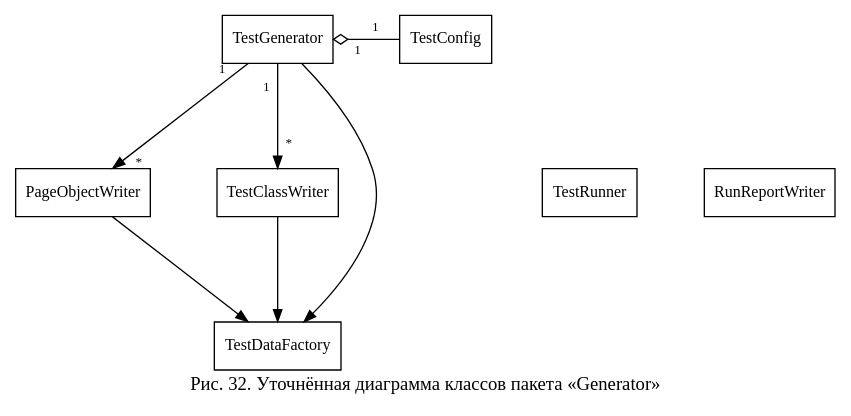
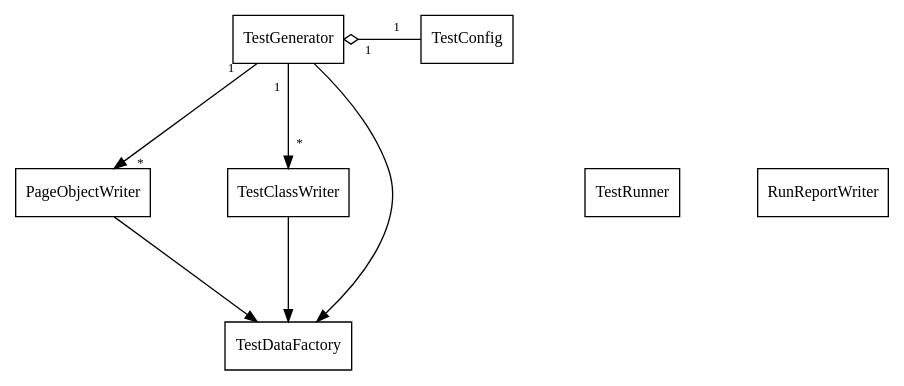
Before and after one commit to nastolbov/AutoTestGeneratorUpdate: the diagram in diagrams/cls_generator_refined.dot, drawn with Graphviz. The commit also changed 54 other files, not shown here.

First line of the commit message:
diagrams: 18 ДПС + фикс детальных (shape=record) + MD по структуре диплома

```diff
--- a/diagrams/cls_generator_refined.dot
+++ b/diagrams/cls_generator_refined.dot
@@ -1,24 +1,22 @@
-digraph GR {
-    rankdir=TB; fontname="Liberation Serif"; fontsize=14;
-    label="Рис. 32. Уточнённая диаграмма классов пакета «Generator»"; labelloc=b;
-    nodesep=0.7; ranksep=1.1;
+digraph cls_generator_refined {
+    rankdir=TB; fontname="Liberation Serif";
+    nodesep=0.8; ranksep=1.1;
     node [fontname="Liberation Serif", fontsize=12, shape=box, style=filled, fillcolor=white];
     edge [color=black, fontname="Liberation Serif", fontsize=10, labeldistance=2.0, arrowsize=0.9];
 
     TC  [label="TestConfig"];
     TG  [label="TestGenerator"];
     POW [label="PageObjectWriter"];
     TCW [label="TestClassWriter"];
     TDF [label="TestDataFactory"];
     TR  [label="TestRunner"];
     RRW [label="RunReportWriter"];
-
     TG -> TC [arrowtail=odiamond, dir=back, taillabel="1", headlabel="1"];
     TG -> POW [taillabel="1", headlabel="*"];
     TG -> TCW [taillabel="1", headlabel="*"];
     TG -> TDF; POW -> TDF; TCW -> TDF;
-
     { rank=same; TC; TG; }
     { rank=same; POW; TCW; TR; RRW; }
     { rank=same; TDF; }
+
 }
```
